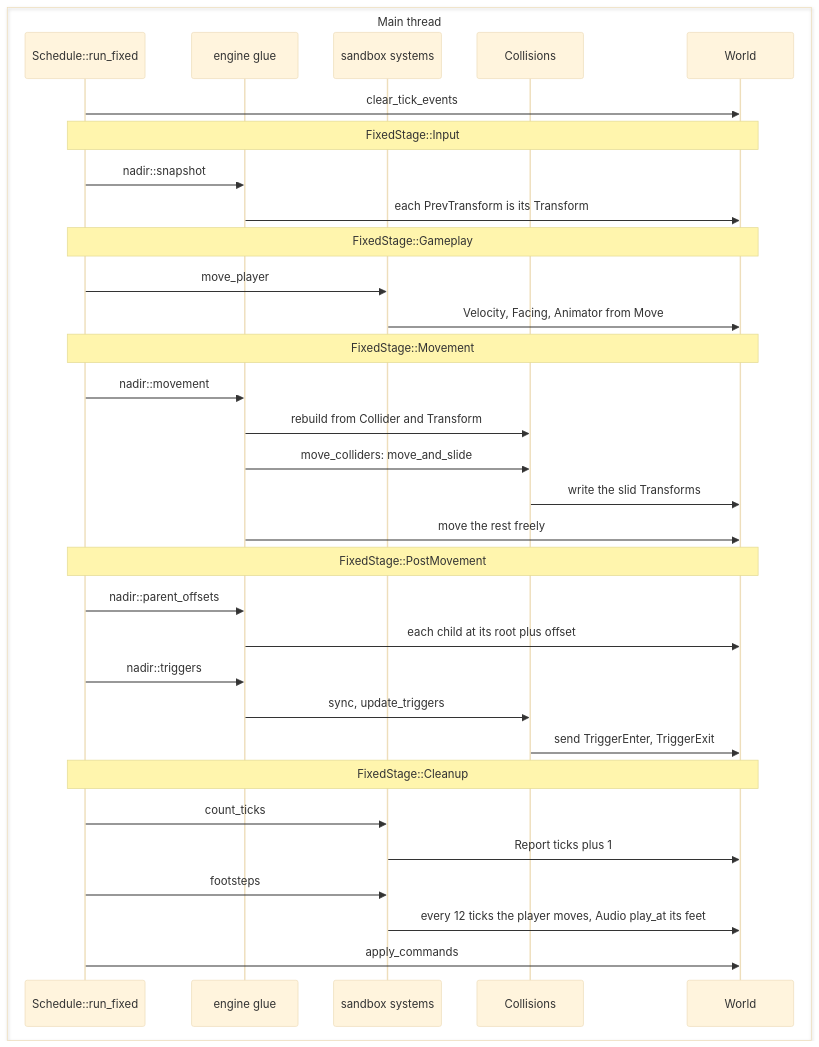
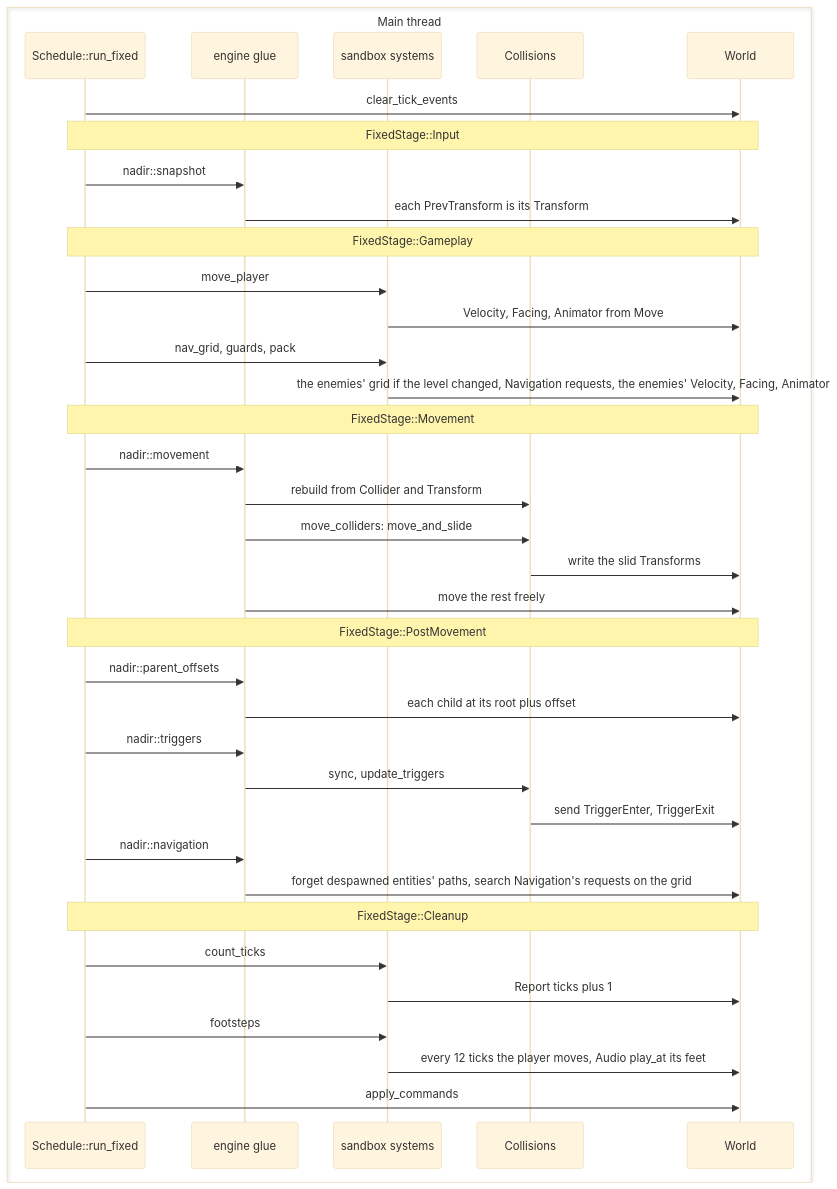
Before and after one commit to jabbott-iii/Nadir: the fifth of 12 diagrams in diagrams/game-loop-sequence.md, drawn with Mermaid (base theme). The commit also changed other lines of this file and 26 other files, not shown here.

````diff
--- a/diagrams/game-loop-sequence.md
+++ b/diagrams/game-loop-sequence.md
@@ -307,36 +307,40 @@
 ```mermaid
 sequenceDiagram
     box Main thread
         participant Sch as Schedule::run_fixed
         participant Eng as engine glue
         participant Game as sandbox systems
         participant Col as Collisions
         participant Wld as World
     end
 
     Sch->>Wld: clear_tick_events
     Note over Sch,Wld: FixedStage::Input
     Sch->>Eng: nadir::snapshot
     Eng->>Wld: each PrevTransform is its Transform
     Note over Sch,Wld: FixedStage::Gameplay
     Sch->>Game: move_player
     Game->>Wld: Velocity, Facing, Animator from Move
+    Sch->>Game: nav_grid, guards, pack
+    Game->>Wld: the enemies' grid if the level changed, Navigation requests, the enemies' Velocity, Facing, Animator
     Note over Sch,Wld: FixedStage::Movement
     Sch->>Eng: nadir::movement
     Eng->>Col: rebuild from Collider and Transform
     Eng->>Col: move_colliders: move_and_slide
     Col->>Wld: write the slid Transforms
     Eng->>Wld: move the rest freely
     Note over Sch,Wld: FixedStage::PostMovement
     Sch->>Eng: nadir::parent_offsets
     Eng->>Wld: each child at its root plus offset
     Sch->>Eng: nadir::triggers
     Eng->>Col: sync, update_triggers
     Col->>Wld: send TriggerEnter, TriggerExit
+    Sch->>Eng: nadir::navigation
+    Eng->>Wld: forget despawned entities' paths, search Navigation's requests on the grid
     Note over Sch,Wld: FixedStage::Cleanup
     Sch->>Game: count_ticks
     Game->>Wld: Report ticks plus 1
     Sch->>Game: footsteps
     Game->>Wld: every 12 ticks the player moves, Audio play_at its feet
     Sch->>Wld: apply_commands
 ```
````
